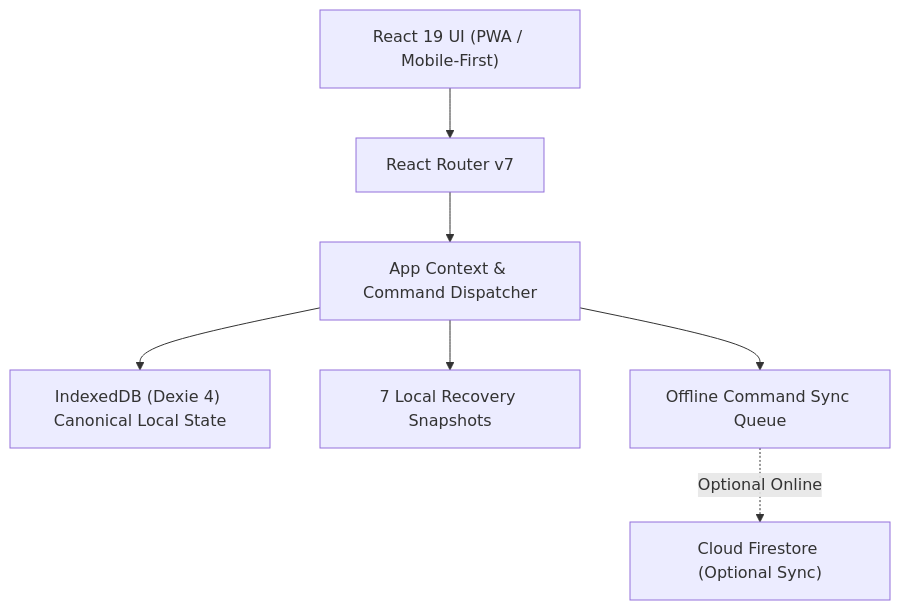
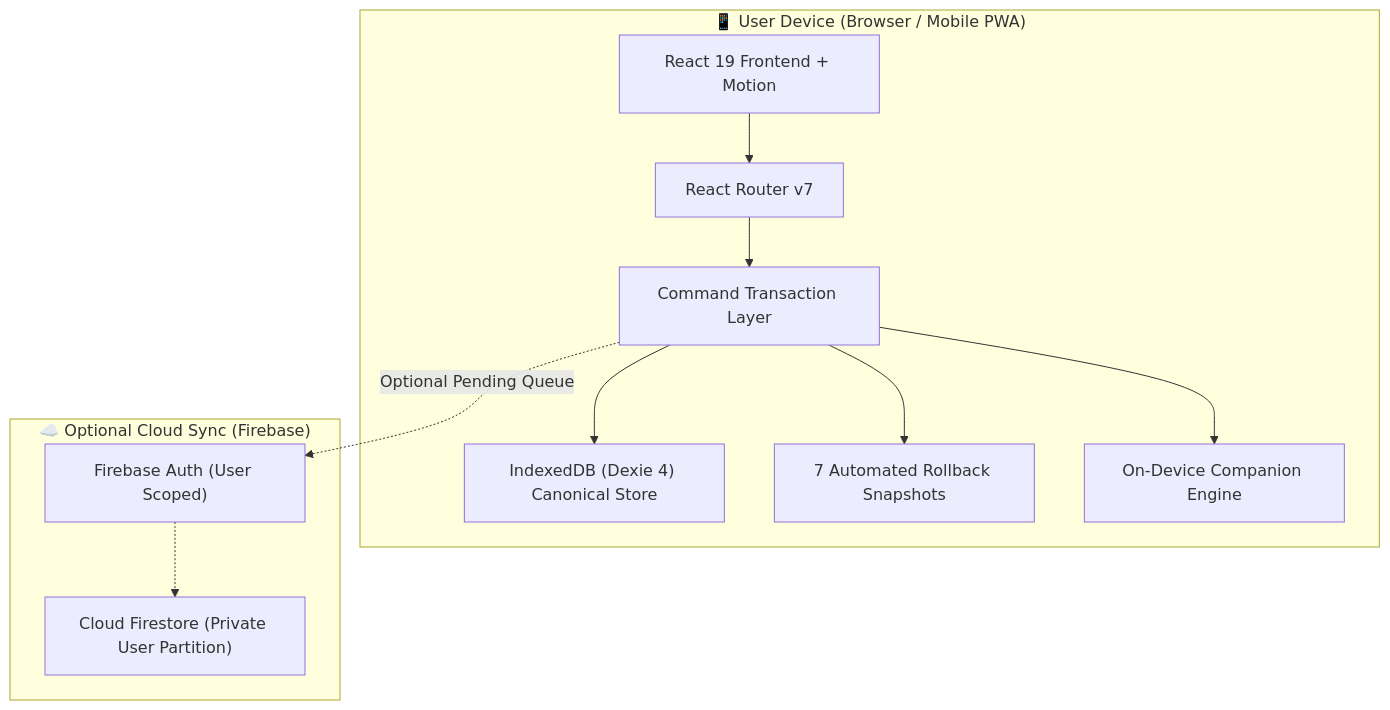
The diagram in README.md (revaan-mishra/pros-app), drawn with Mermaid before and after one commit. The commit also changed other lines of this file and 5 other files, not shown here.

````diff
--- a/README.md
+++ b/README.md
@@ -57,17 +146,24 @@
 ```mermaid
 flowchart TD
-    UI["React 19 UI (PWA / Mobile-First)"]
-    Router["React Router v7"]
-    State["App Context & Command Dispatcher"]
-    DexieDB["IndexedDB (Dexie 4) Canonical Local State"]
-    Snapshots["7 Local Recovery Snapshots"]
-    CloudQueue["Offline Command Sync Queue"]
-    Firestore["Cloud Firestore (Optional Sync)"]
+    subgraph Client["📱 User Device (Browser / Mobile PWA)"]
+        UI["React 19 Frontend + Motion"]
+        Router["React Router v7"]
+        Dispatcher["Command Transaction Layer"]
+        Dexie["IndexedDB (Dexie 4) Canonical Store"]
+        Snapshots["7 Automated Rollback Snapshots"]
+        OliveGuide["On-Device Companion Engine"]
+    end
+
+    subgraph Sync["☁️ Optional Cloud Sync (Firebase)"]
+        Auth["Firebase Auth (User Scoped)"]
+        Firestore["Cloud Firestore (Private User Partition)"]
+    end
 
     UI --> Router
-    Router --> State
-    State --> DexieDB
-    State --> Snapshots
-    State --> CloudQueue
-    CloudQueue -.->|Optional Online| Firestore
+    Router --> Dispatcher
+    Dispatcher --> Dexie
+    Dispatcher --> Snapshots
+    Dispatcher --> OliveGuide
+    Dispatcher -.->|Optional Pending Queue| Auth
+    Auth -.-> Firestore
 ```
````
